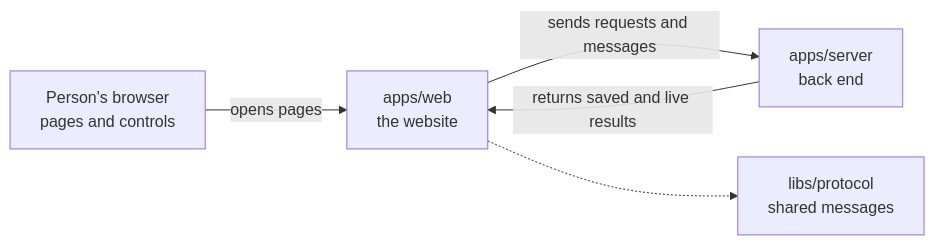
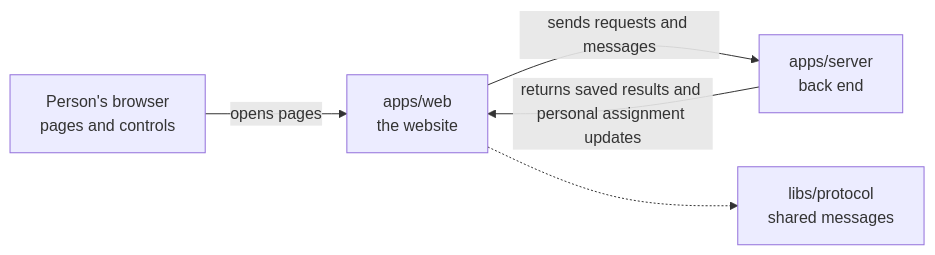
Before and after one commit to elewa-git/opencrane-new: the diagram in apps/web/README.md, drawn with Mermaid. The commit also changed other lines of this file and 390 other files, not shown here.

````diff
--- a/apps/web/README.md
+++ b/apps/web/README.md
@@ -17,7 +17,7 @@
 ```mermaid
 flowchart LR
   browser["Person's browser<br/>pages and controls"] -->|opens pages| web["apps/web<br/>the website"]
   web -->|sends requests and messages| server["apps/server<br/>back end"]
-  server -->|returns saved and live results| web
+  server -->|returns saved results and personal assignment updates| web
   web -.-> protocol["libs/protocol<br/>shared messages"]
 ```
````
